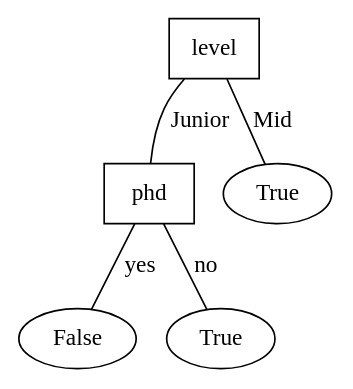
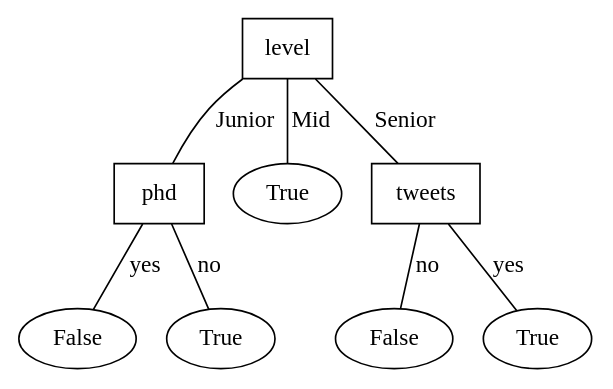
The diagram in DecisionTreeFunS2/interview_tree.dot (GonzagaCPSC322/U5-Decision-Trees), drawn with Graphviz before and after one commit. The commit also changed 5 other files, not shown here.

```diff
--- a/DecisionTreeFunS2/interview_tree.dot
+++ b/DecisionTreeFunS2/interview_tree.dot
@@ -1,15 +1,21 @@
 graph g {
     # this is a comment
     level [shape=box];
     phd [shape=box];
     level -- phd [label="Junior"];
     false1 [label="False"];
     true1 [label="True"];
     phd -- false1 [label="yes"];
     phd -- true1 [label="no"];
 
     true2 [label="True"];
     level -- true2 [label="Mid"];
 
     # task: finish the tree!
+    tweets [shape=box];
+    level -- tweets [label="Senior"];
+    false3 [label="False"];
+    true3 [label="True"];
+    tweets -- false3 [label="no"];
+    tweets -- true3 [label="yes"];
 }
```
